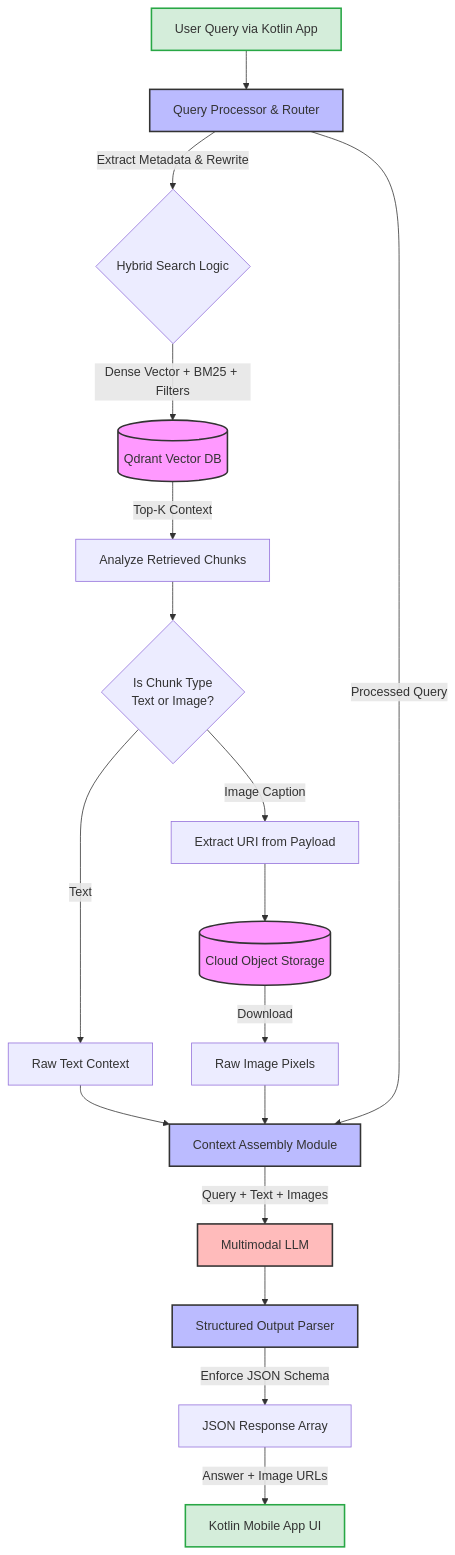
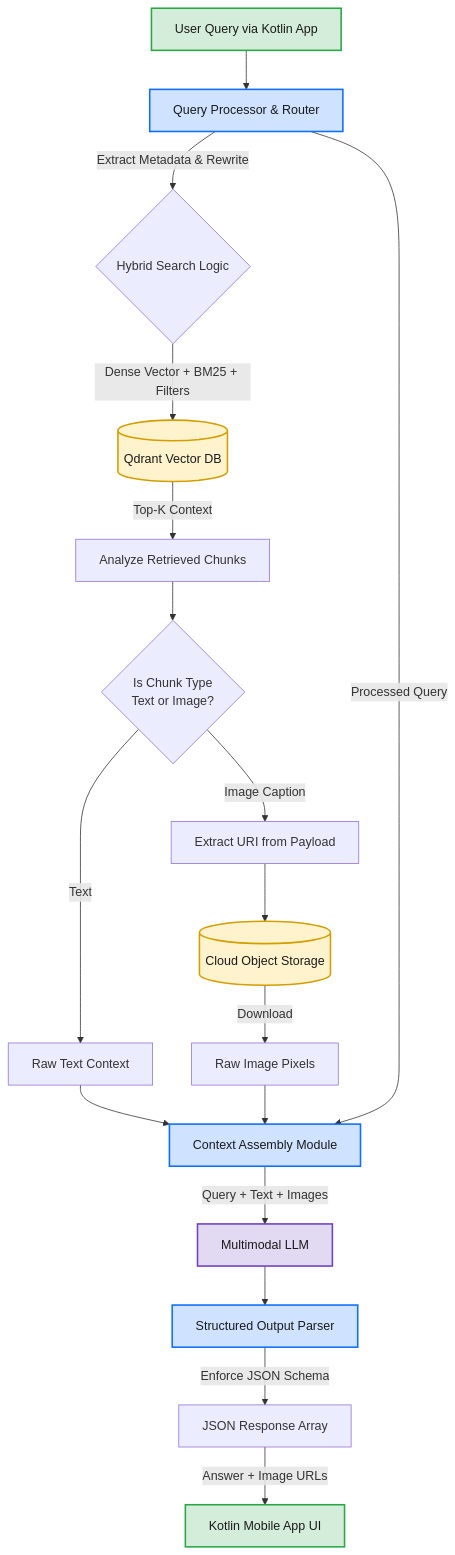
The second of 3 diagrams in ARCHITECTURE.md (swaraj123822/Auto-M-RAG), drawn with Mermaid before and after one commit. The commit also changed other lines of this file and 1 other file, not shown here.

Commit message:
refactor: update mermaid diagram styles for consistency and clarity

````diff
--- a/ARCHITECTURE.md
+++ b/ARCHITECTURE.md
@@ -76,32 +76,32 @@
 ```mermaid
 graph TD
     %% Styling
-    classDef app fill:#d4edda,stroke:#28a745,stroke-width:2px;
-    classDef storage fill:#f9f,stroke:#333,stroke-width:2px;
-    classDef process fill:#bbf,stroke:#333,stroke-width:2px;
-    classDef model fill:#fbb,stroke:#333,stroke-width:2px;
+    classDef app fill:#d4edda,stroke:#28a745,stroke-width:2px,color:#1a1a1a;
+    classDef storage fill:#fff3cd,stroke:#d39e00,stroke-width:2px,color:#1a1a1a;
+    classDef process fill:#cfe2ff,stroke:#0d6efd,stroke-width:2px,color:#1a1a1a;
+    classDef model fill:#e2d9f3,stroke:#6f42c1,stroke-width:2px,color:#1a1a1a;
 
     %% Nodes
     A["User Query via Kotlin App"]:::app --> B["Query Processor & Router"]:::process
     B -->|Extract Metadata & Rewrite| C{"Hybrid Search Logic"}
     C -->|Dense Vector + BM25 + Filters| D[("Qdrant Vector DB")]:::storage
 
     D -->|Top-K Context| E["Analyze Retrieved Chunks"]
 
     E --> F{"Is Chunk Type<br/>Text or Image?"}
     F -->|Text| G["Raw Text Context"]
     F -->|Image Caption| H["Extract URI from Payload"]
 
     H --> I[("Cloud Object Storage")]:::storage
     I -->|Download| J["Raw Image Pixels"]
 
     G --> K["Context Assembly Module"]:::process
     J --> K
     B -->|Processed Query| K
 
     K -->|Query + Text + Images| L["Multimodal LLM"]:::model
     L --> M["Structured Output Parser"]:::process
     M -->|Enforce JSON Schema| N["JSON Response Array"]
 
     N -->|Answer + Image URLs| O["Kotlin Mobile App UI"]:::app
 ```
````
